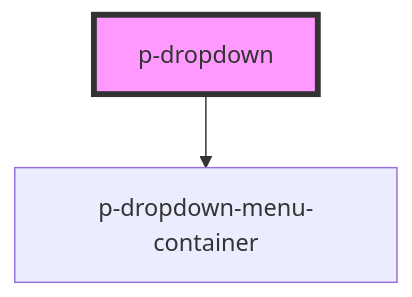
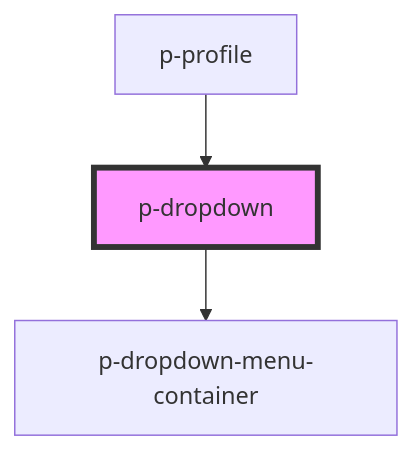
Before and after one commit to Employes/paperless: the diagram in packages/core/src/components/molecules/dropdown/readme.md, drawn with Mermaid. The commit also changed other lines of this file and 3 other files, not shown here.

````diff
--- a/packages/core/src/components/molecules/dropdown/readme.md
+++ b/packages/core/src/components/molecules/dropdown/readme.md
@@ -43,5 +48,6 @@
 ```mermaid
 graph TD;
   p-dropdown --> p-dropdown-menu-container
+  p-profile --> p-dropdown
   style p-dropdown fill:#f9f,stroke:#333,stroke-width:4px
 ```
````
